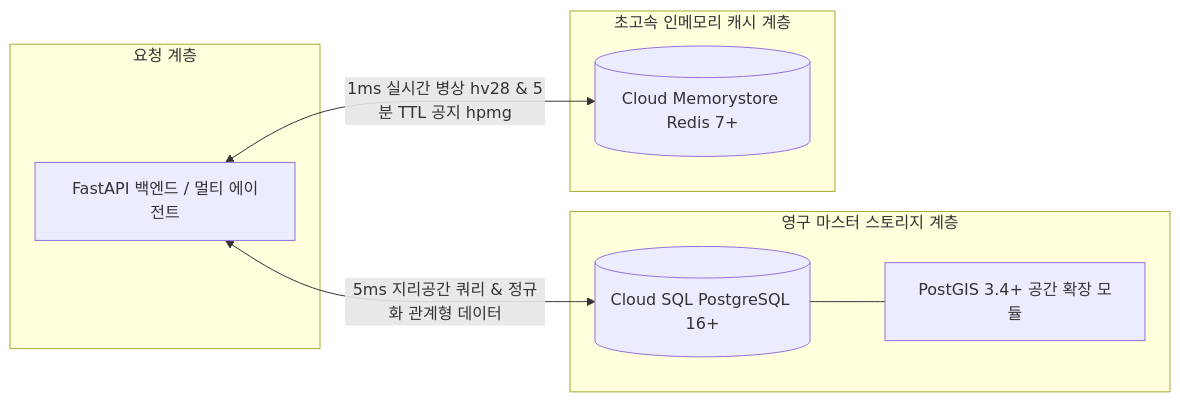
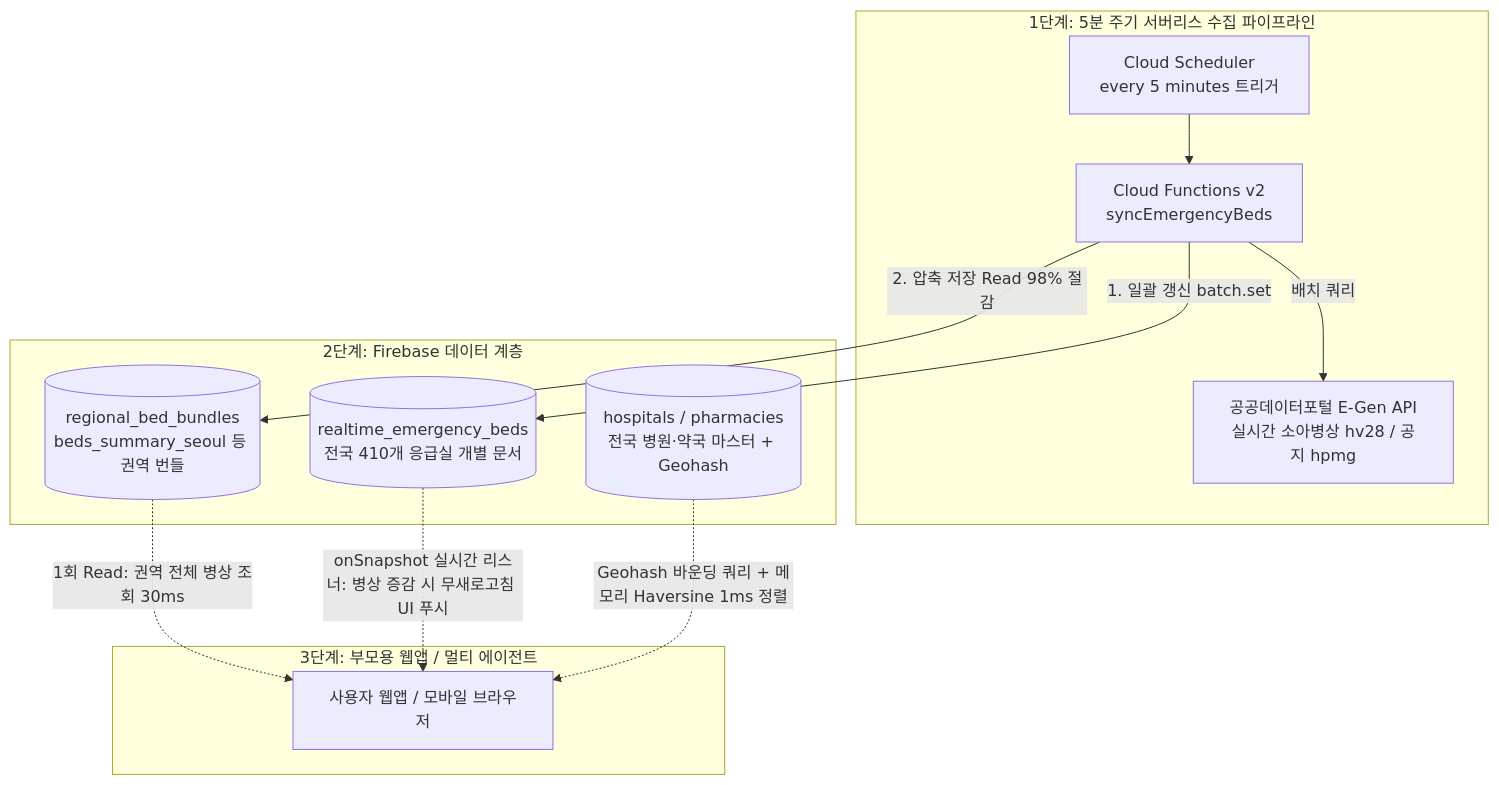
One commit to yeongsik0914/isoom changed the fifth of 14 diagrams in docs/PROJECT_PLAN.md. Above: the diagram before and after it, drawn with Mermaid. The commit also changed other lines of this file and 81 other files, not shown here.

Commit message:
feat: initialize core backend architecture, agents, API routes, and KTAS triage pipelines

````diff
--- a/docs/PROJECT_PLAN.md
+++ b/docs/PROJECT_PLAN.md
@@ -492,19 +496,20 @@
 ```mermaid
-flowchart LR
-    subgraph ClientLayer [요청 계층]
-        App[FastAPI 백엔드 / 멀티 에이전트]
+flowchart TD
+    subgraph IngestionPipeline [1단계: 5분 주기 서버리스 수집 파이프라인]
+        Scheduler[Cloud Scheduler\nevery 5 minutes 트리거] --> Function[Cloud Functions v2\nsyncEmergencyBeds]
+        Function -->|배치 쿼리| EGEN[공공데이터포털 E-Gen API\n실시간 소아병상 hv28 / 공지 hpmg]
     end
 
-    subgraph RDBMS [영구 마스터 스토리지 계층]
-        PG[(Cloud SQL PostgreSQL 16+)]
-        PostGIS[PostGIS 3.4+ 공간 확장 모듈]
-        PG --- PostGIS
+    subgraph FirebaseStorage [2단계: Firebase 데이터 계층]
+        Function -->|1. 일괄 갱신 batch.set| LiveBeds[(realtime_emergency_beds\n전국 410개 응급실 개별 문서)]
+        Function -->|2. 압축 저장 Read 98% 절감| Bundles[(regional_bed_bundles\nbeds_summary_seoul 등 권역 번들)]
+        StaticHosp[(hospitals / pharmacies\n전국 병원·약국 마스터 + Geohash)]
     end
 
-    subgraph InvertedCache [초고속 인메모리 캐시 계층]
-        Redis[(Cloud Memorystore Redis 7+)]
+    subgraph ClientLayer [3단계: 부모용 웹앱 / 멀티 에이전트]
+        WebClient[사용자 웹앱 / 모바일 브라우저]
+        Bundles -.->|1회 Read: 권역 전체 병상 조회 30ms| WebClient
+        LiveBeds -.->|onSnapshot 실시간 리스너: 병상 증감 시 무새로고침 UI 푸시| WebClient
+        StaticHosp -.->|Geohash 바운딩 쿼리 + 메모리 Haversine 1ms 정렬| WebClient
     end
-
-    App <-->|5ms 지리공간 쿼리 & 정규화 관계형 데이터| PG
-    App <-->|1ms 실시간 병상 hv28 & 5분 TTL 공지 hpmg| Redis
 ```
````
